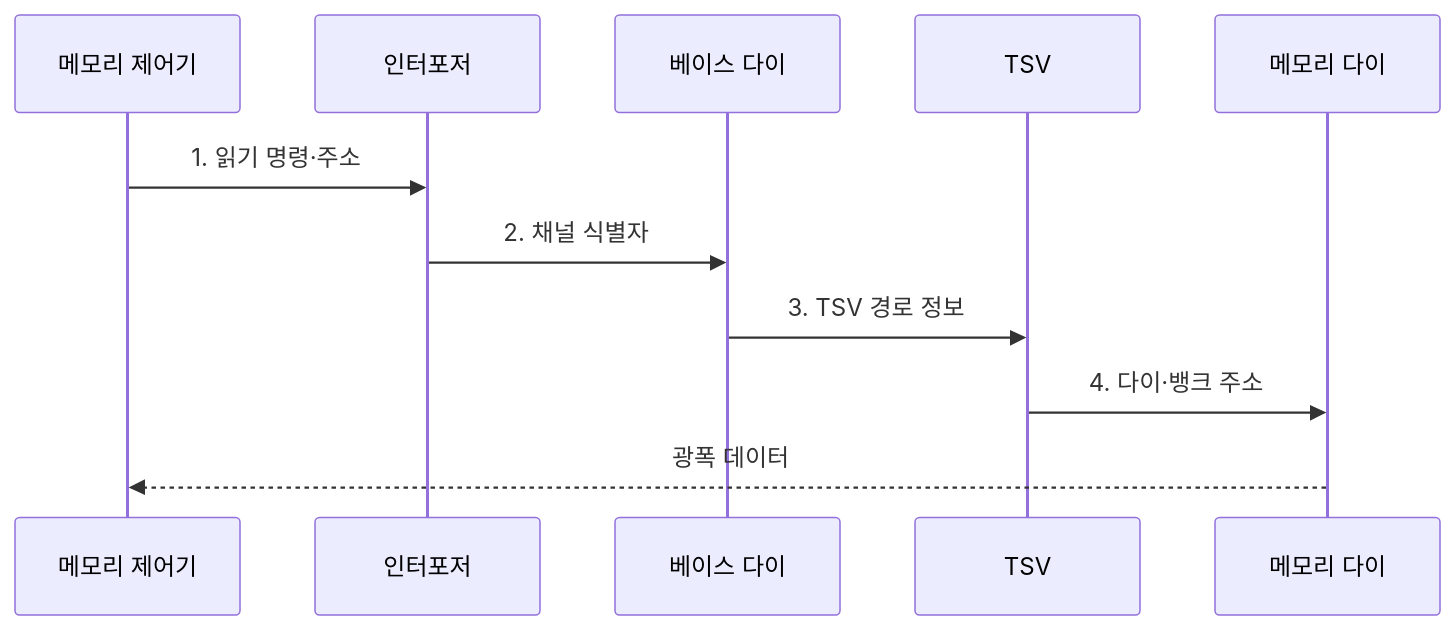
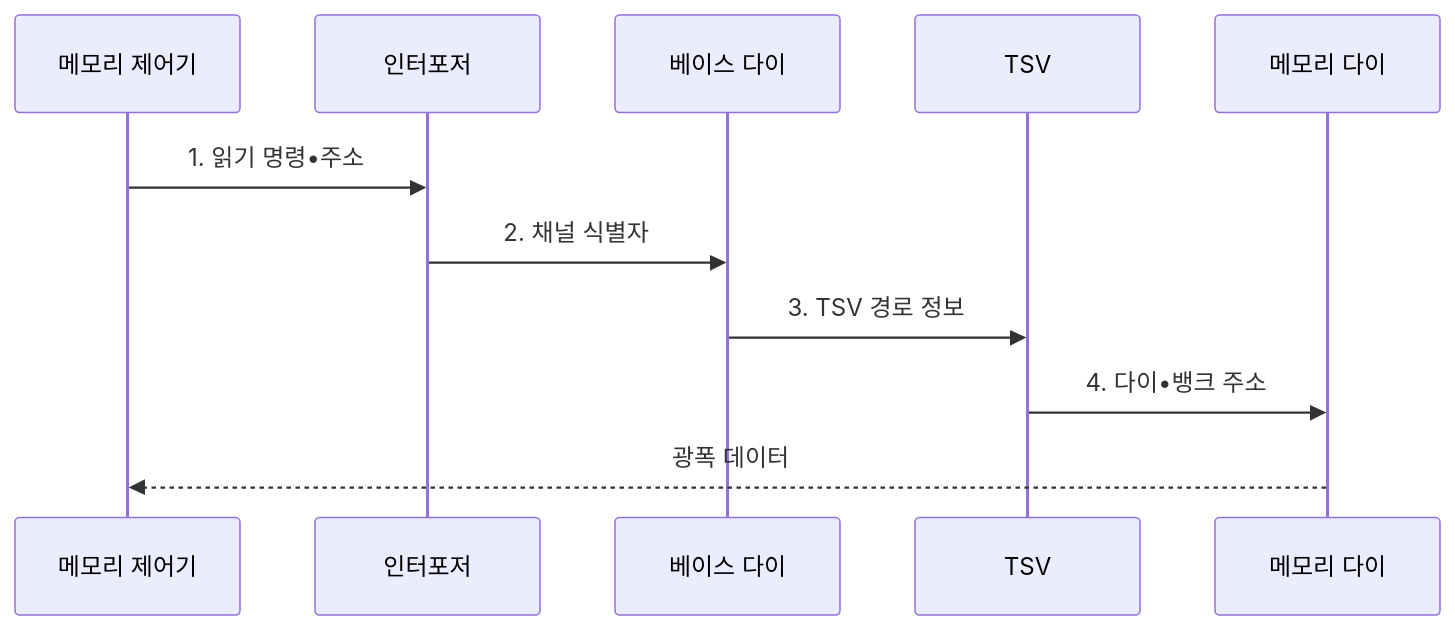
One commit to agnusdei1207/knowledge-base changed the second of 2 diagrams in src/content/docs/notes/02-hardware/090_3d_stacked_memory.md. Above: the diagram before and after it, drawn with Mermaid. The commit also changed other lines of this file and 953 other files, not shown here.

````diff
--- a/src/content/docs/notes/02-hardware/090_3d_stacked_memory.md
+++ b/src/content/docs/notes/02-hardware/090_3d_stacked_memory.md
@@ -99,13 +99,13 @@
 ```mermaid
 sequenceDiagram
     participant C as 메모리 제어기
     participant I as 인터포저
     participant B as 베이스 다이
     participant V as TSV
     participant D as 메모리 다이
-    C->>I: 1. 읽기 명령·주소
+    C->>I: 1. 읽기 명령•주소
     I->>B: 2. 채널 식별자
     B->>V: 3. TSV 경로 정보
-    V->>D: 4. 다이·뱅크 주소
+    V->>D: 4. 다이•뱅크 주소
     D-->>C: 광폭 데이터
 ```
````
